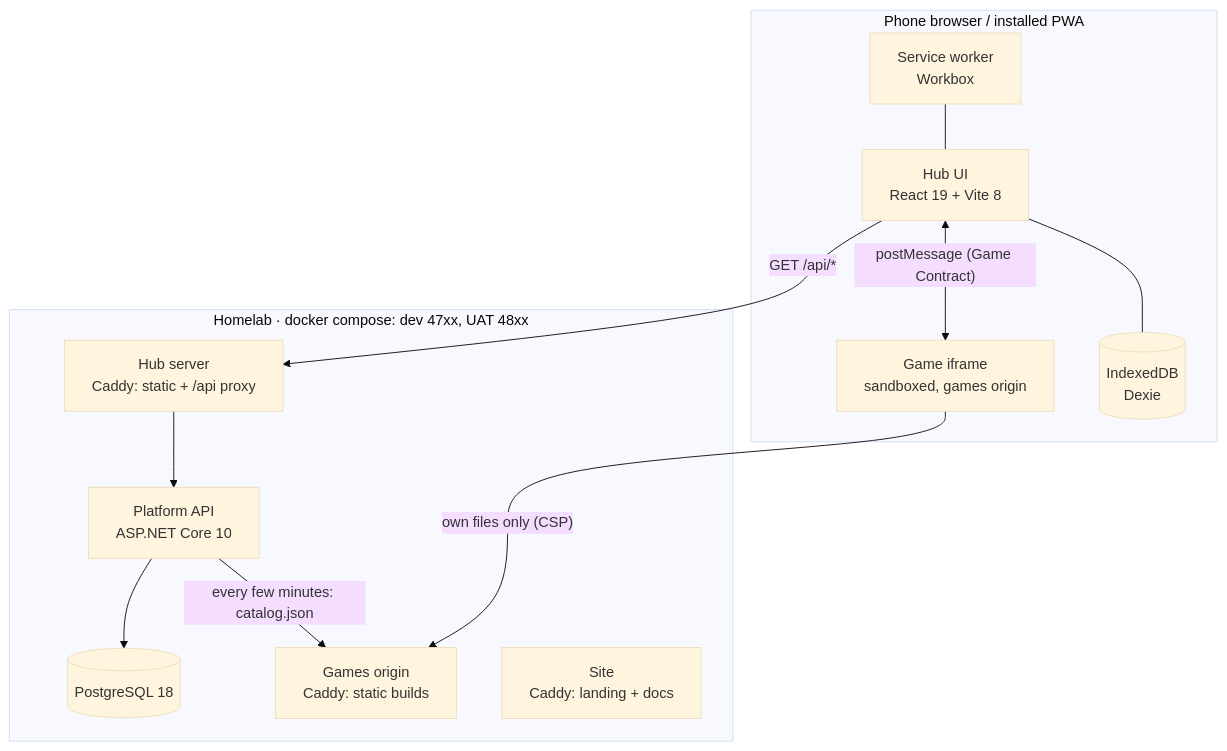
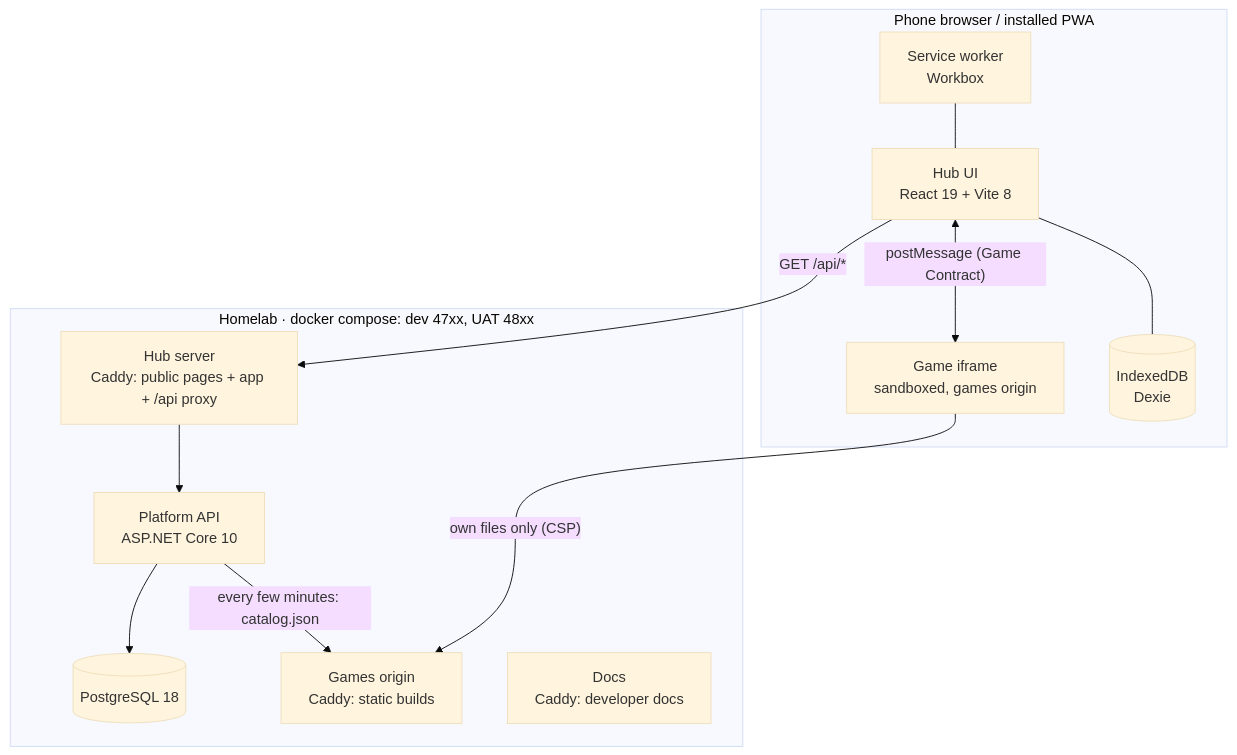
The diagram in docs/architecture/overview.md (vinh466/tohe-play), drawn with Mermaid (base theme) before and after one commit. The commit also changed other lines of this file and 83 other files, not shown here.

First line of the commit message:
feat: public pages at the root, the docs at the root of their host (ADR 0042, third step)

````diff
--- a/docs/architecture/overview.md
+++ b/docs/architecture/overview.md
@@ -10,24 +10,24 @@
 ```mermaid
 flowchart TB
   subgraph phone [Phone browser / installed PWA]
     hubui[Hub UI<br/>React 19 + Vite 8]
     sw[Service worker<br/>Workbox]
     idb[(IndexedDB<br/>Dexie)]
     frame[Game iframe<br/>sandboxed, games origin]
   end
 
   subgraph server [Homelab · docker compose: dev 47xx, UAT 48xx]
-    hubsrv[Hub server<br/>Caddy: static + /api proxy]
+    hubsrv[Hub server<br/>Caddy: public pages + app + /api proxy]
     api[Platform API<br/>ASP.NET Core 10]
     db[(PostgreSQL 18)]
     gamessrv[Games origin<br/>Caddy: static builds]
-    site[Site<br/>Caddy: landing + docs]
+    docs[Docs<br/>Caddy: developer docs]
   end
 
   hubui -- "GET /api/*" --> hubsrv --> api --> db
   hubui <-- "postMessage (Game Contract)" --> frame
   frame -- "own files only (CSP)" --> gamessrv
   api -- "every few minutes: catalog.json" --> gamessrv
   hubui --- idb
   sw --- hubui
 ```
````
